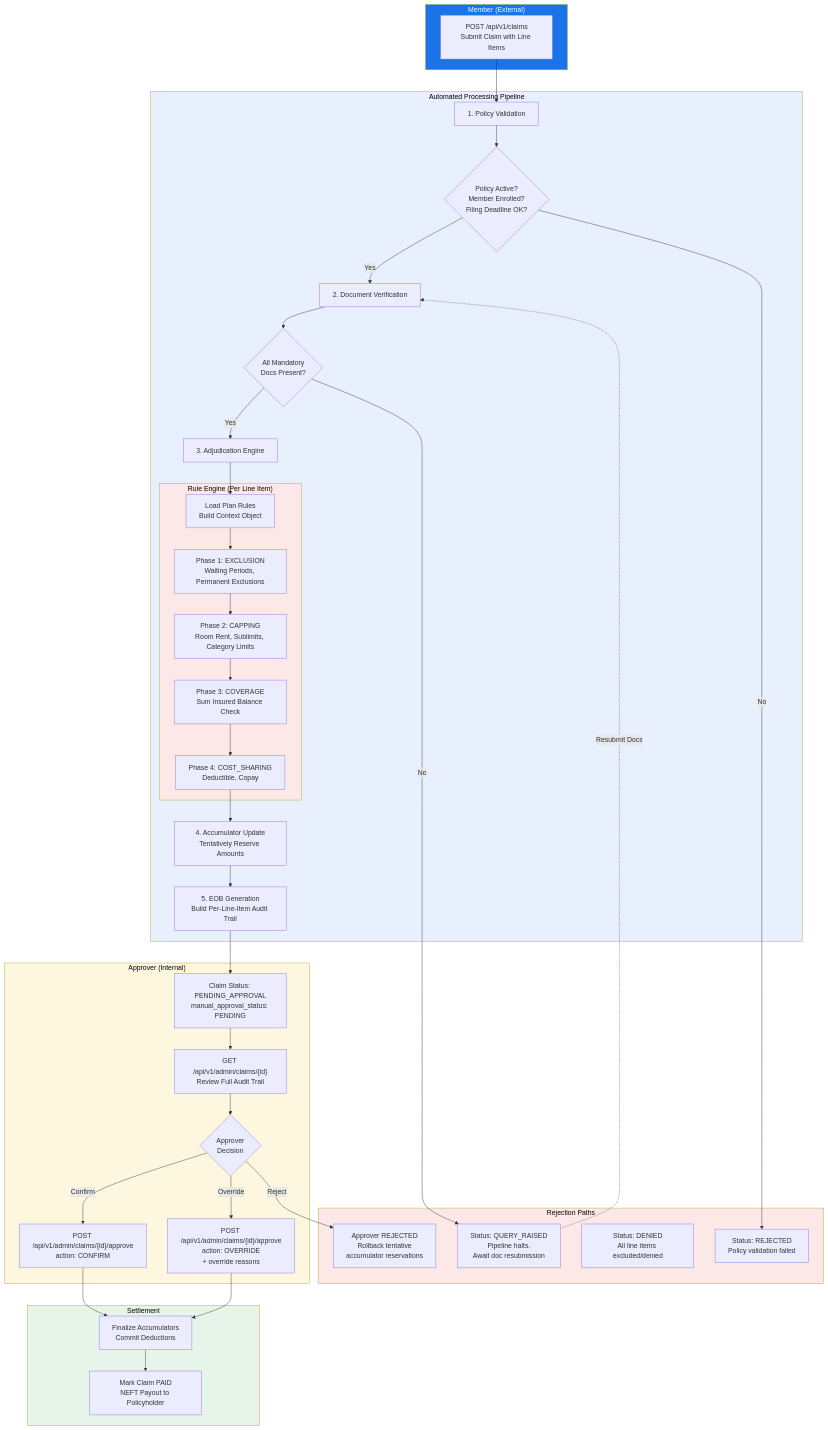
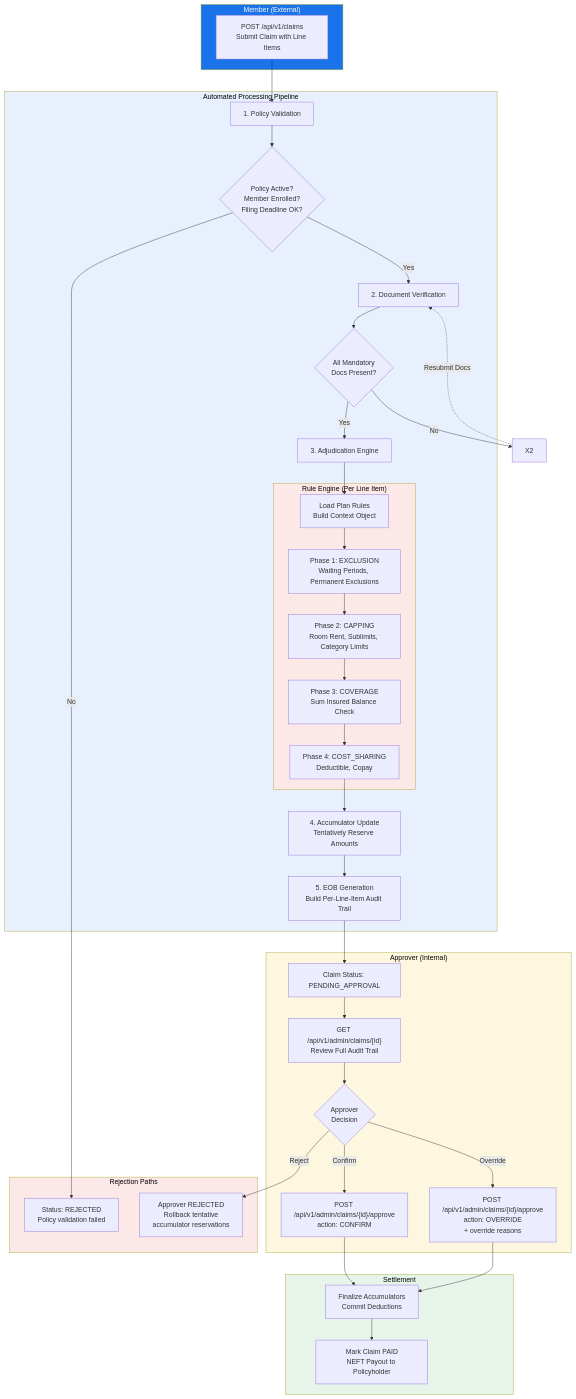
Before and after one commit to adminosper/health-insurance: the diagram in documentations/PRD.md, drawn with Mermaid. The commit also changed other lines of this file and 10 other files, not shown here.

````diff
--- a/documentations/PRD.md
+++ b/documentations/PRD.md
@@ -227,79 +226,77 @@
 ```mermaid
 flowchart TD
     subgraph MEMBER["Member (External)"]
         A["POST /api/v1/claims\nSubmit Claim with Line Items"]
     end
 
     subgraph PIPELINE["Automated Processing Pipeline"]
         B["1. Policy Validation"]
         C{"Policy Active?\nMember Enrolled?\nFiling Deadline OK?"}
         D["2. Document Verification"]
         E{"All Mandatory\nDocs Present?"}
         F["3. Adjudication Engine"]
 
         subgraph RULES["Rule Engine (Per Line Item)"]
             G["Load Plan Rules\nBuild Context Object"]
             H["Phase 1: EXCLUSION\nWaiting Periods, Permanent Exclusions"]
             I["Phase 2: CAPPING\nRoom Rent, Sublimits, Category Limits"]
             J["Phase 3: COVERAGE\nSum Insured Balance Check"]
             K["Phase 4: COST_SHARING\nDeductible, Copay"]
         end
 
         L["4. Accumulator Update\nTentatively Reserve Amounts"]
         M["5. EOB Generation\nBuild Per-Line-Item Audit Trail"]
     end
 
     subgraph APPROVAL["Approver (Internal)"]
-        N["Claim Status: PENDING_APPROVAL\nmanual_approval_status: PENDING"]
+        N["Claim Status: PENDING_APPROVAL"]
         O["GET /api/v1/admin/claims/{id}\nReview Full Audit Trail"]
         P{"Approver\nDecision"}
         Q["POST /api/v1/admin/claims/{id}/approve\naction: CONFIRM"]
         R["POST /api/v1/admin/claims/{id}/approve\naction: OVERRIDE\n+ override reasons"]
     end
 
     subgraph SETTLEMENT["Settlement"]
         S["Finalize Accumulators\nCommit Deductions"]
         T["Mark Claim PAID\nNEFT Payout to Policyholder"]
     end
 
     subgraph REJECTION["Rejection Paths"]
         X1["Status: REJECTED\nPolicy validation failed"]
-        X2["Status: QUERY_RAISED\nPipeline halts.\nAwait doc resubmission"]
-        X3["Status: DENIED\nAll line items excluded/denied"]
         X4["Approver REJECTED\nRollback tentative\naccumulator reservations"]
     end
 
     A --> B
     B --> C
     C -- Yes --> D
     C -- No --> X1
     D --> E
     E -- Yes --> F
     E -- No --> X2
     X2 -. "Resubmit Docs" .-> D
     F --> G
     G --> H
     H --> I
     I --> J
     J --> K
     K --> L
     L --> M
     M --> N
 
     N --> O
     O --> P
     P -- Confirm --> Q
     P -- Override --> R
     Q --> S
     R --> S
     P -- Reject --> X4
 
     S --> T
 
     style MEMBER fill:#1a73e8,color:#fff
     style PIPELINE fill:#e8f0fe,color:#000
     style RULES fill:#fce8e6,color:#000
     style APPROVAL fill:#fef7e0,color:#000
     style SETTLEMENT fill:#e6f4ea,color:#000
     style REJECTION fill:#fce8e6,color:#000
 ```
````
